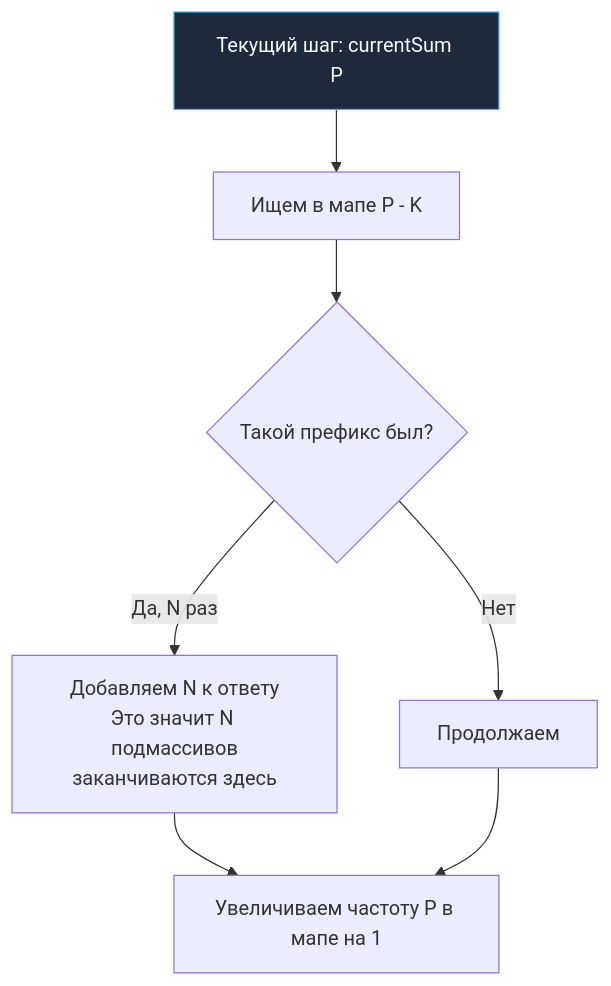
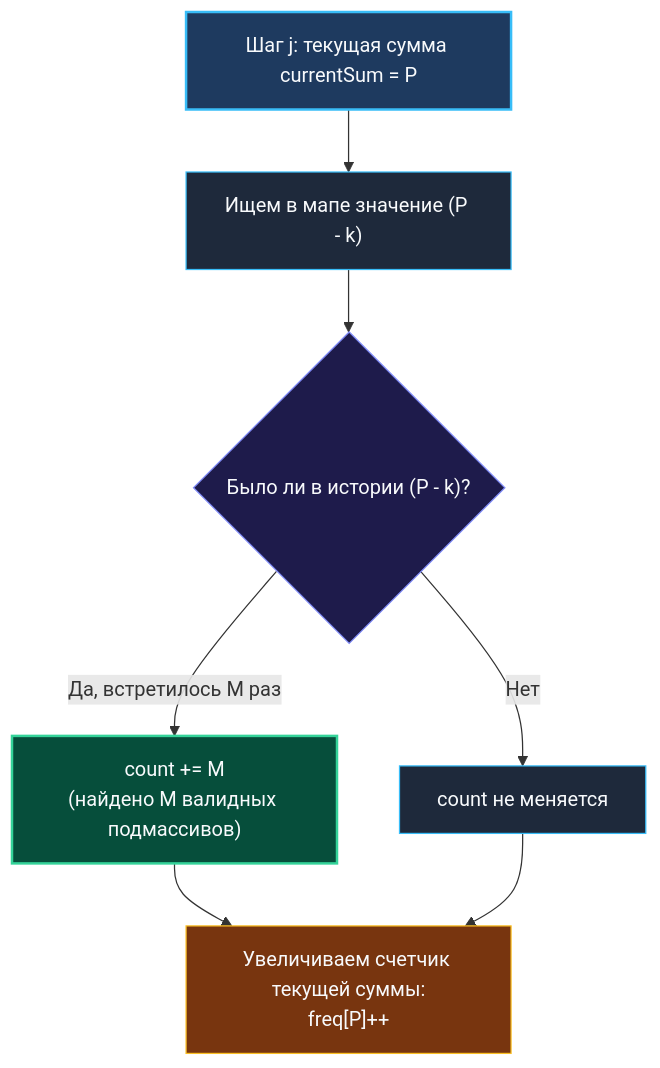
The diagram in sources/21. Задачи с LeetCode и собеседований на Go/02. Задачи/04. Префиксные суммы/4. Subarray Sum Equals K.md (UnrealTemplier/go-textbook-ru), drawn with Mermaid before and after one commit. The commit also changed other lines of this file and 60 other files, not shown here.

````diff
--- a/sources/21. Задачи с LeetCode и собеседований на Go/02. Задачи/04. Префиксные суммы/4. Subarray Sum Equals K.md
+++ b/sources/21. Задачи с LeetCode и собеседований на Go/02. Задачи/04. Префиксные суммы/4. Subarray Sum Equals K.md
@@ -71,19 +58,15 @@
 ```mermaid
 flowchart TD
-    classDef process  fill:#1e293b,stroke:#38bdf8,stroke-width:1px,color:#f8fafc
-    classDef success  fill:#064e3b,stroke:#34d399,stroke-width:1px,color:#f8fafc
-    classDef error    fill:#7f1d1d,stroke:#f87171,stroke-width:1px,color:#f8fafc
-    classDef warning  fill:#78350f,stroke:#fbbf24,stroke-width:1px,color:#f8fafc
-    classDef entry    fill:#1e3a5f,stroke:#38bdf8,stroke-width:2px,color:#f8fafc
-    classDef aux      fill:#334155,stroke:#64748b,stroke-width:1px,color:#f8fafc
-    classDef system   fill:#312e81,stroke:#a78bfa,stroke-width:1px,color:#f8fafc
-    classDef data     fill:#132d29,stroke:#2dd4bf,stroke-width:1px,color:#f8fafc
-    classDef network  fill:#881337,stroke:#fb7185,stroke-width:1px,color:#f8fafc
-    classDef accent   fill:#1e1b4b,stroke:#818cf8,stroke-width:1px,color:#f8fafc
-    A["Текущий шаг: currentSum P"]:::process --> B["Ищем в мапе P - K"]
-    B --> C{"Такой префикс был?"}
-    C -- "Да, N раз" --> D["Добавляем N к ответу<br>Это значит N подмассивов<br>заканчиваются здесь"]
-    C -- "Нет" --> E["Продолжаем"]
-    D --> F["Увеличиваем частоту P в мапе на 1"]
+    classDef entry   fill:#1e3a5f,stroke:#38bdf8,stroke-width:2px,color:#f8fafc
+    classDef process fill:#1e293b,stroke:#38bdf8,stroke-width:1px,color:#f8fafc
+    classDef accent  fill:#1e1b4b,stroke:#818cf8,stroke-width:1px,color:#f8fafc
+    classDef success fill:#064e3b,stroke:#34d399,stroke-width:2px,color:#f8fafc
+    classDef warning fill:#78350f,stroke:#fbbf24,stroke-width:1px,color:#f8fafc
+
+    A["Шаг j: текущая сумма currentSum = P"]:::entry --> B["Ищем в мапе значение (P - k)"]:::process
+    B --> C{"Было ли в истории (P - k)?"}:::accent
+    C -- "Да, встретилось M раз" --> D["count += M<br/>(найдено M валидных подмассивов)"]:::success
+    C -- "Нет" --> E["count не меняется"]:::process
+    D --> F["Увеличиваем счетчик текущей суммы:<br/>freq[P]++"]:::warning
     E --> F
 ```
````
